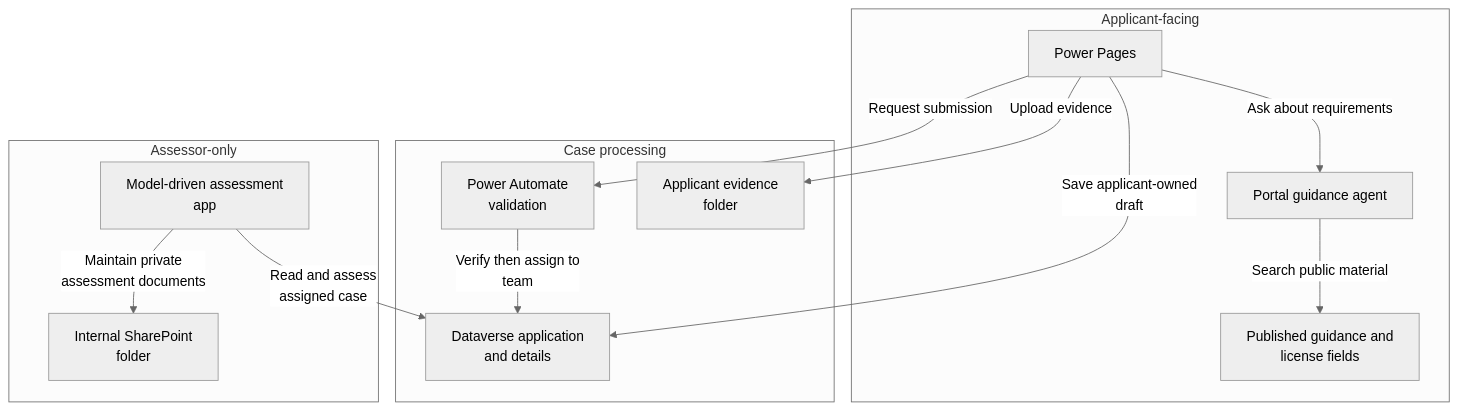
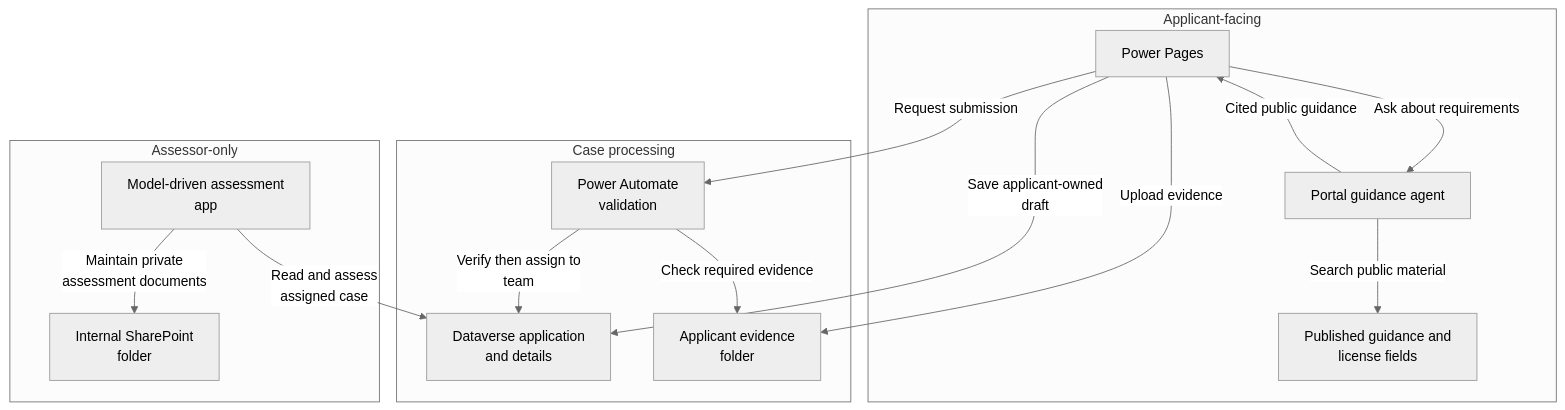
Before and after one commit to abhishek-ai-enabler/copilotstudio-architecture-patterns: the first of 2 diagrams in reference-architectures/regulatory-applications.md, drawn with Mermaid (neutral theme). The commit also changed other lines of this file and 41 other files, not shown here.

First line of the commit message:
Review diagrams: add return paths and fix flow accuracy

````diff
--- a/reference-architectures/regulatory-applications.md
+++ b/reference-architectures/regulatory-applications.md
@@ -7,27 +7,29 @@
 ```mermaid
 flowchart TB
     accTitle: Regulatory applications with separate applicant and assessor workspaces - architecture
     accDescr: Keep public guidance, applicant evidence and internal assessments in separate access scopes. Only server-side verification should move a draft into assessment.
     subgraph group0["Applicant-facing"]
         P["Power Pages"]
         A["Portal guidance agent"]
         K["Published guidance and<br/>license fields"]
     end
     subgraph group3["Case processing"]
         F["Power Automate<br/>validation"]
         D["Dataverse application<br/>and details"]
         E["Applicant evidence<br/>folder"]
     end
     subgraph group6["Assessor-only"]
         H["Model-driven assessment<br/>app"]
         I["Internal SharePoint<br/>folder"]
     end
     P -->|"Ask about requirements"| A
     A -->|"Search public material"| K
     P -->|"Save applicant-owned<br/>draft"| D
     P -->|"Upload evidence"| E
     P -->|"Request submission"| F
     F -->|"Verify then assign to<br/>team"| D
     H -->|"Read and assess<br/>assigned case"| D
     H -->|"Maintain private<br/>assessment documents"| I
+    A -->|"Cited public guidance"| P
+    F -->|"Check required evidence"| E
 ```
````
